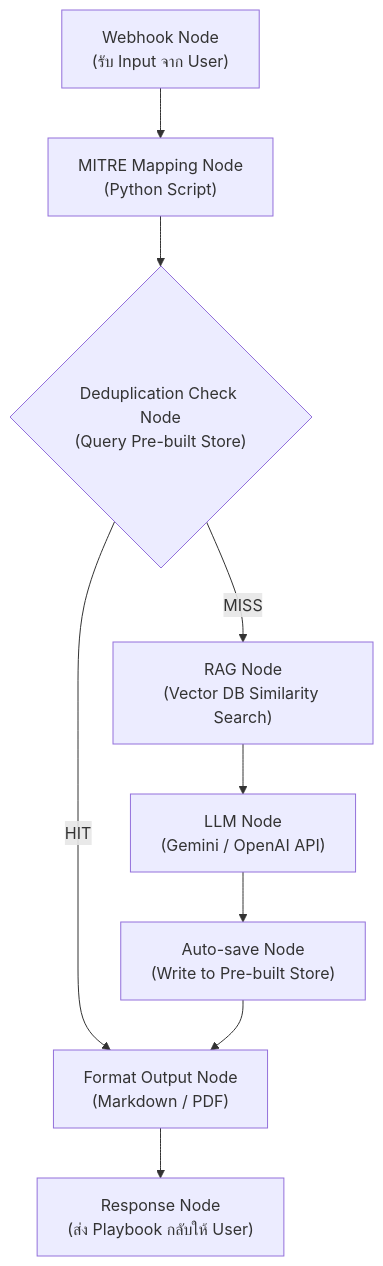
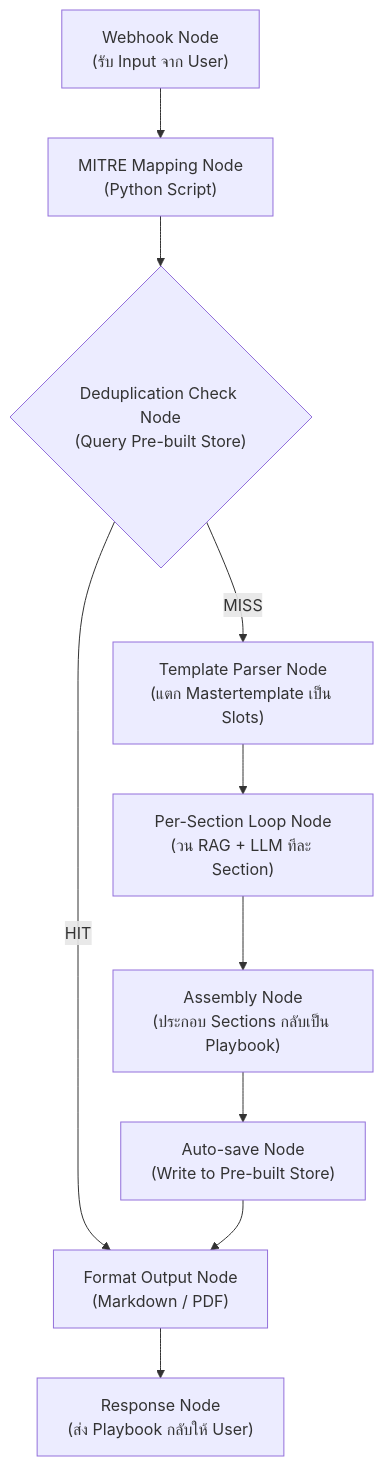
One commit to Chaithawatcer/omnissiah-playbook-workflow changed the sixth of 10 diagrams in architecture.md. Above: the diagram before and after it, drawn with Mermaid. The commit also changed other lines of this file, not shown here.

Commit message:
Major architecture overhaul: Per-Section Generation Loop, Slot Architecture, Metadata-filtered RAG, Development Roadmap

````diff
--- a/architecture.md
+++ b/architecture.md
@@ -97,15 +199,16 @@
 ```mermaid
 graph TD
     A["Webhook Node\n(รับ Input จาก User)"]
     B["MITRE Mapping Node\n(Python Script)"]
     C{"Deduplication Check Node\n(Query Pre-built Store)"}
-    D["RAG Node\n(Vector DB Similarity Search)"]
-    E["LLM Node\n(Gemini / OpenAI API)"]
-    F["Auto-save Node\n(Write to Pre-built Store)"]
-    G["Format Output Node\n(Markdown / PDF)"]
-    H["Response Node\n(ส่ง Playbook กลับให้ User)"]
+    D["Template Parser Node\n(แตก Mastertemplate เป็น Slots)"]
+    E["Per-Section Loop Node\n(วน RAG + LLM ทีละ Section)"]
+    F["Assembly Node\n(ประกอบ Sections กลับเป็น Playbook)"]
+    G["Auto-save Node\n(Write to Pre-built Store)"]
+    H["Format Output Node\n(Markdown / PDF)"]
+    I["Response Node\n(ส่ง Playbook กลับให้ User)"]
 
     A --> B --> C
-    C -- "HIT" --> G
-    C -- "MISS" --> D --> E --> F --> G --> H
+    C -- "HIT" --> H
+    C -- "MISS" --> D --> E --> F --> G --> H --> I
 ```
````
